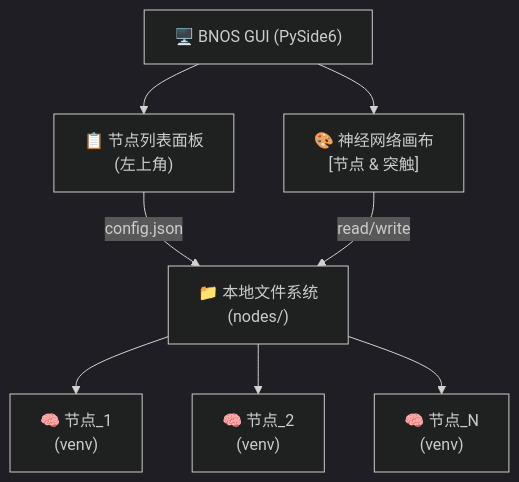
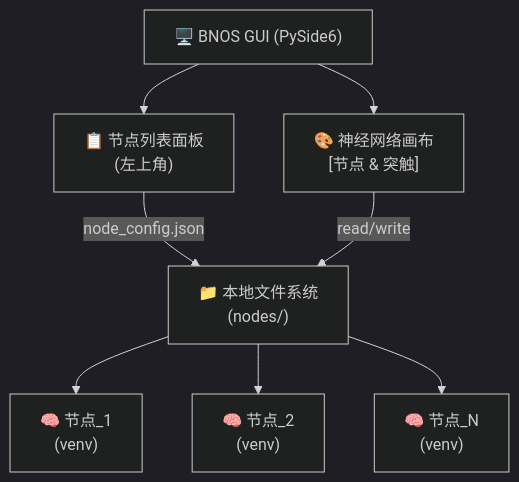
One commit to LiuStar656/BNOS---Bionic-Neural-Network-Visual-Orchestration-Platform changed the diagram in README_CN.md. Above: the diagram before and after it, drawn with Mermaid (dark theme). The commit also changed other lines of this file and 38 other files, not shown here.

First line of the commit message:
refactor: 统一将配置文件名从 config.json 改为 node_config.json

````diff
--- a/README_CN.md
+++ b/README_CN.md
@@ -285,18 +285,18 @@
   ```mermaid
   graph TB
       GUI["🖥️ BNOS GUI (PySide6)"]
       Panel["📋 节点列表面板<br/>(左上角)"]
       Canvas["🎨 神经网络画布<br/>[节点 & 突触]"]
       FS["📁 本地文件系统<br/>(nodes/)"]
       N1["🧠 节点_1<br/>(venv)"]
       N2["🧠 节点_2<br/>(venv)"]
       NN["🧠 节点_N<br/>(venv)"]
       
       GUI --> Panel
       GUI --> Canvas
-      Panel -->|config.json| FS
+      Panel -->|node_config.json| FS
       Canvas -->|read/write| FS
       FS --> N1
       FS --> N2
       FS --> NN
   ```
````
